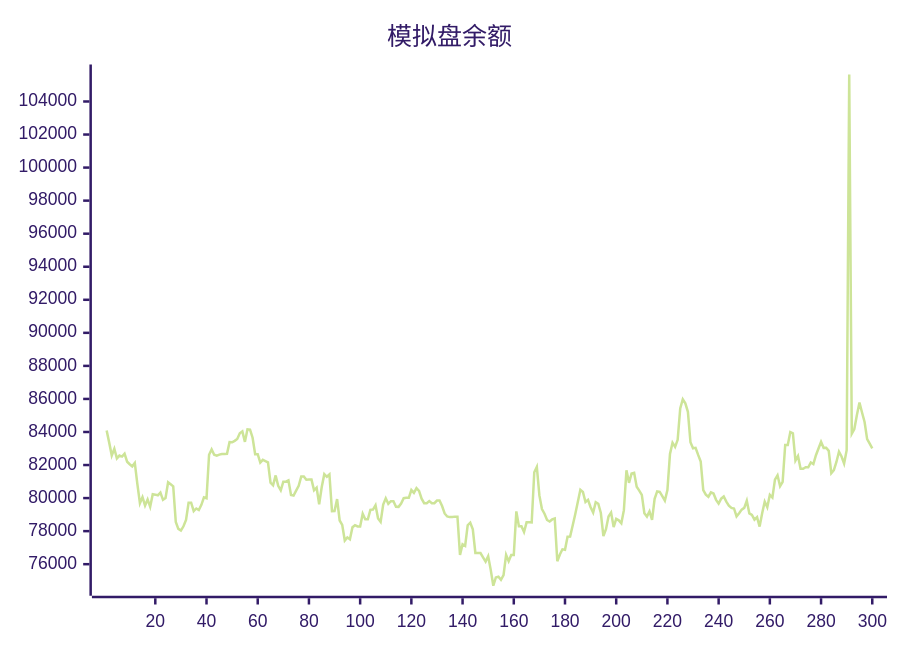
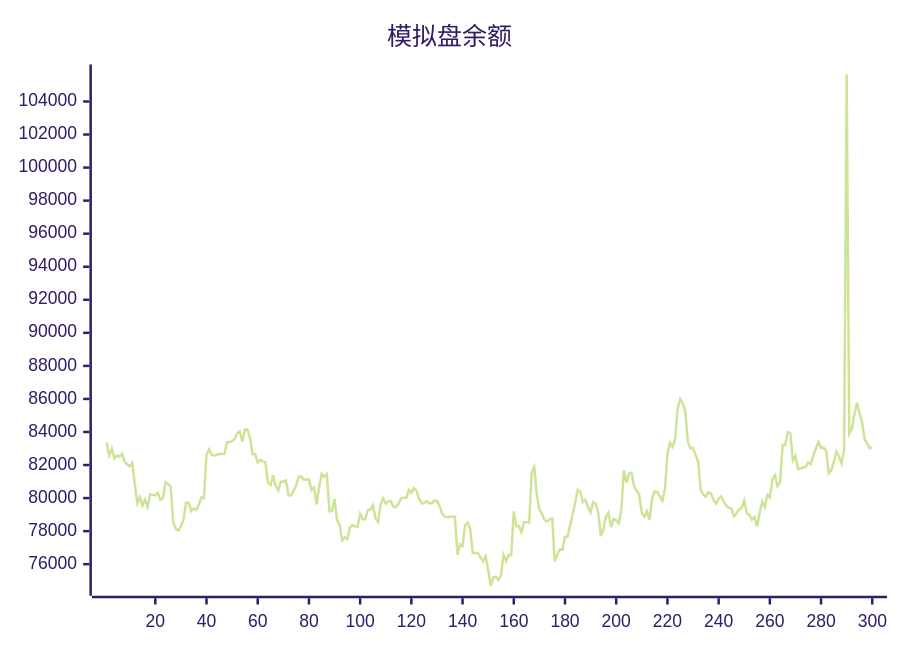
One commit to aahl/ai-trading changed the diagram in README.md. Above: the diagram before and after it, drawn with Mermaid (forest theme). The commit also changed other lines of this file and 1 other file, not shown here.

````diff
--- a/README.md
+++ b/README.md
@@ -5,5 +5,5 @@
 ```mermaid
 xychart
     title "模拟盘余额"
-    line [84096,83356,82582,82983,82404,82572,82512,82688,82200,82047,81920,82125,80840,79688,80060,79552,79920,79470,80236,80208,80170,80336,79894,80006,80954,80837,80712,78561,78139,78037,78293,78682,79720,79720,79214,79372,79279,79591,80046,79993,82625,82950,82626,82571,82633,82670,82670,82681,83386,83378,83464,83579,83920,84037,83402,84160,84142,83652,82655,82655,82145,82315,82243,82163,80934,80770,81371,80742,80468,80989,80989,81067,80191,80155,80450,80737,81309,81309,81106,81119,81119,80471,80631,79624,80670,81448,81290,81429,79212,79222,79940,78643,78380,77432,77623,77504,78235,78358,78284,78277,79048,78714,78714,79290,79308,79567,78763,78563,79603,79988,79652,79813,79813,79476,79469,79673,79995,80015,80015,80486,80314,80600,80436,79966,79689,79689,79819,79692,79692,79850,79850,79518,79071,78889,78850,78850,78878,78878,76554,77202,77103,78357,78510,78106,76678,76677,76672,76411,76159,76485,75656,74695,75197,75246,75052,75334,76564,76179,76553,76551,79196,78300,78300,77944,78531,78531,78521,81564,81884,80160,79335,79055,78675,78580,78708,78764,76179,76586,76902,76876,77658,77669,78346,79023,79769,80497,80366,79761,79896,79448,79126,79749,79658,79097,77695,78114,78888,79126,78249,78738,78653,78478,79271,81680,80923,81488,81527,80681,80455,80190,79084,78879,79193,78686,79954,80403,80374,80118,79848,80491,82665,83351,83098,83525,85430,85983,85737,85221,83378,83014,83043,82613,82216,80477,80208,80081,80348,80277,79894,79670,79965,80093,79786,79542,79406,79371,78893,79087,79304,79406,79841,79072,78978,78696,78846,78272,79085,79787,79442,80198,80031,81120,81379,80718,80985,83214,83212,83993,83921,82270,82547,81776,81776,81866,81866,82158,82061,82596,83000,83408,83041,83050,82858,81503,81691,82188,82812,82517,82092,82901,105633,83898,84180,85030,85781,85178,84604,83569,83298,83008]
+    line [83356,82582,82983,82404,82572,82512,82688,82200,82047,81920,82125,80840,79688,80060,79552,79920,79470,80236,80208,80170,80336,79894,80006,80954,80837,80712,78561,78139,78037,78293,78682,79720,79720,79214,79372,79279,79591,80046,79993,82625,82950,82626,82571,82633,82670,82670,82681,83386,83378,83464,83579,83920,84037,83402,84160,84142,83652,82655,82655,82145,82315,82243,82163,80934,80770,81371,80742,80468,80989,80989,81067,80191,80155,80450,80737,81309,81309,81106,81119,81119,80471,80631,79624,80670,81448,81290,81429,79212,79222,79940,78643,78380,77432,77623,77504,78235,78358,78284,78277,79048,78714,78714,79290,79308,79567,78763,78563,79603,79988,79652,79813,79813,79476,79469,79673,79995,80015,80015,80486,80314,80600,80436,79966,79689,79689,79819,79692,79692,79850,79850,79518,79071,78889,78850,78850,78878,78878,76554,77202,77103,78357,78510,78106,76678,76677,76672,76411,76159,76485,75656,74695,75197,75246,75052,75334,76564,76179,76553,76551,79196,78300,78300,77944,78531,78531,78521,81564,81884,80160,79335,79055,78675,78580,78708,78764,76179,76586,76902,76876,77658,77669,78346,79023,79769,80497,80366,79761,79896,79448,79126,79749,79658,79097,77695,78114,78888,79126,78249,78738,78653,78478,79271,81680,80923,81488,81527,80681,80455,80190,79084,78879,79193,78686,79954,80403,80374,80118,79848,80491,82665,83351,83098,83525,85430,85983,85737,85221,83378,83014,83043,82613,82216,80477,80208,80081,80348,80277,79894,79670,79965,80093,79786,79542,79406,79371,78893,79087,79304,79406,79841,79072,78978,78696,78846,78272,79085,79787,79442,80198,80031,81120,81379,80718,80985,83214,83212,83993,83921,82270,82547,81776,81776,81866,81866,82158,82061,82596,83000,83408,83041,83050,82858,81503,81691,82188,82812,82517,82092,82901,105633,83898,84180,85030,85781,85178,84604,83569,83298,83008,83093]
 ```
````
